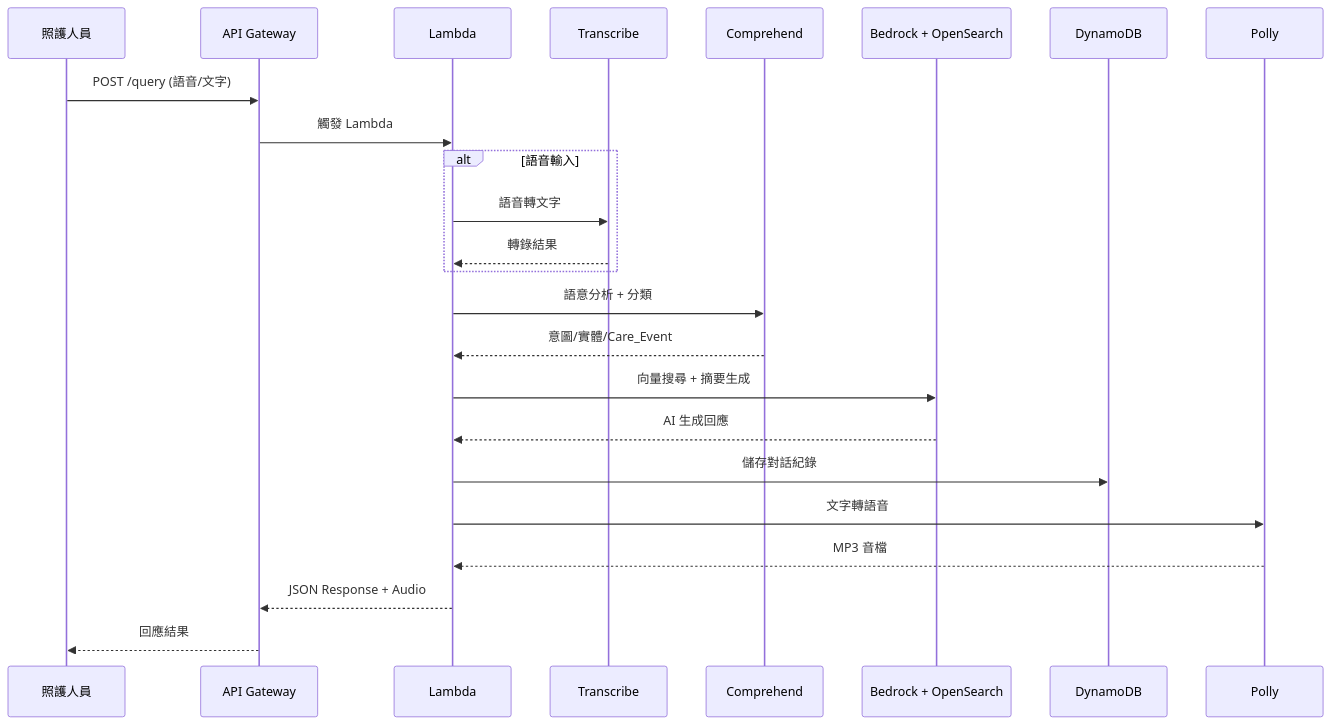
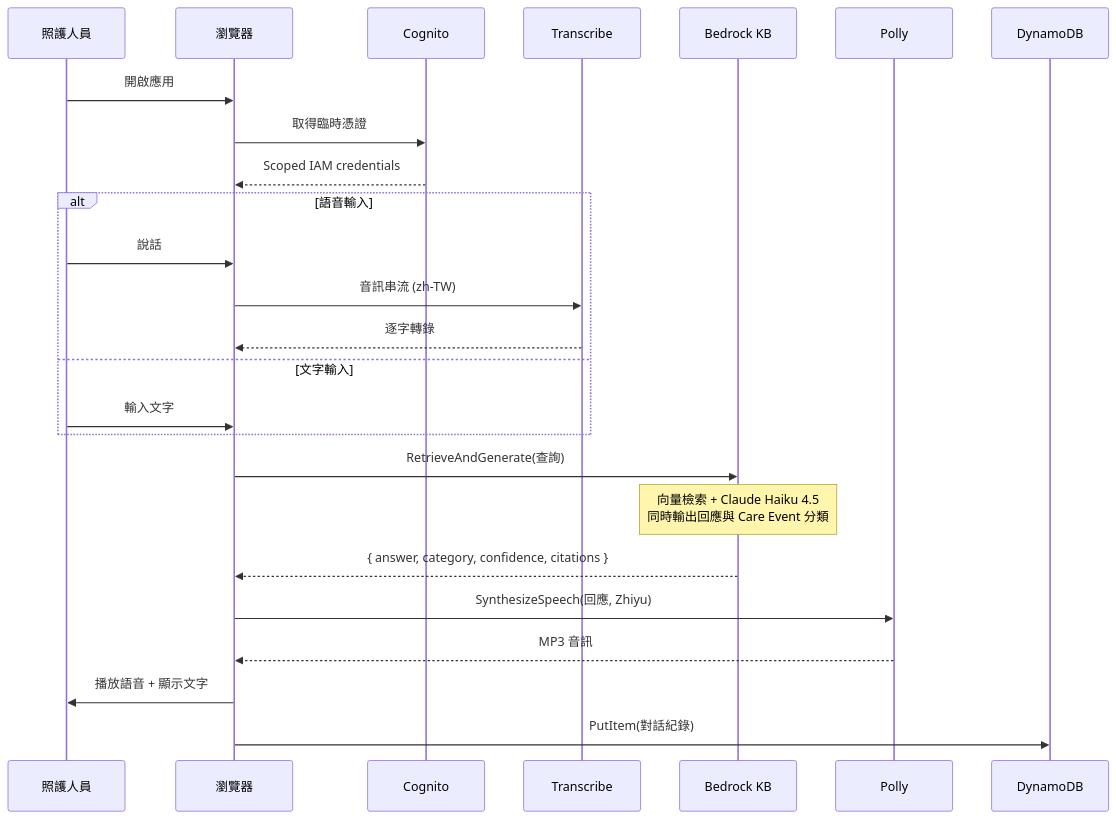
The second of 3 diagrams in docs/architecture.md (linjinhsien/Profit-Prophet), drawn with Mermaid before and after one commit. The commit also changed other lines of this file and 3 other files, not shown here.

````diff
--- a/docs/architecture.md
+++ b/docs/architecture.md
@@ -63,32 +70,32 @@
 ```mermaid
 sequenceDiagram
     participant C as 照護人員
-    participant API as API Gateway
-    participant L as Lambda
+    participant B as 瀏覽器
+    participant COG as Cognito
     participant T as Transcribe
-    participant NLU as Comprehend
-    participant RAG as Bedrock + OpenSearch
-    participant DB as DynamoDB
+    participant BR as Bedrock KB
     participant P as Polly
+    participant D as DynamoDB
 
-    C->>API: POST /query (語音/文字)
-    API->>L: 觸發 Lambda
+    C->>B: 開啟應用
+    B->>COG: 取得臨時憑證
+    COG-->>B: Scoped IAM credentials
 
     alt 語音輸入
-        L->>T: 語音轉文字
-        T-->>L: 轉錄結果
+        C->>B: 說話
+        B->>T: 音訊串流 (zh-TW)
+        T-->>B: 逐字轉錄
+    else 文字輸入
+        C->>B: 輸入文字
     end
 
-    L->>NLU: 語意分析 + 分類
-    NLU-->>L: 意圖/實體/Care_Event
+    B->>BR: RetrieveAndGenerate(查詢)
+    Note over BR: 向量檢索 + Claude Haiku 4.5<br/>同時輸出回應與 Care Event 分類
+    BR-->>B: { answer, category, confidence, citations }
 
-    L->>RAG: 向量搜尋 + 摘要生成
-    RAG-->>L: AI 生成回應
+    B->>P: SynthesizeSpeech(回應, Zhiyu)
+    P-->>B: MP3 音訊
+    B->>C: 播放語音 + 顯示文字
 
-    L->>DB: 儲存對話紀錄
-    L->>P: 文字轉語音
-    P-->>L: MP3 音檔
-
-    L-->>API: JSON Response + Audio
-    API-->>C: 回應結果
+    B->>D: PutItem(對話紀錄)
 ```
````
